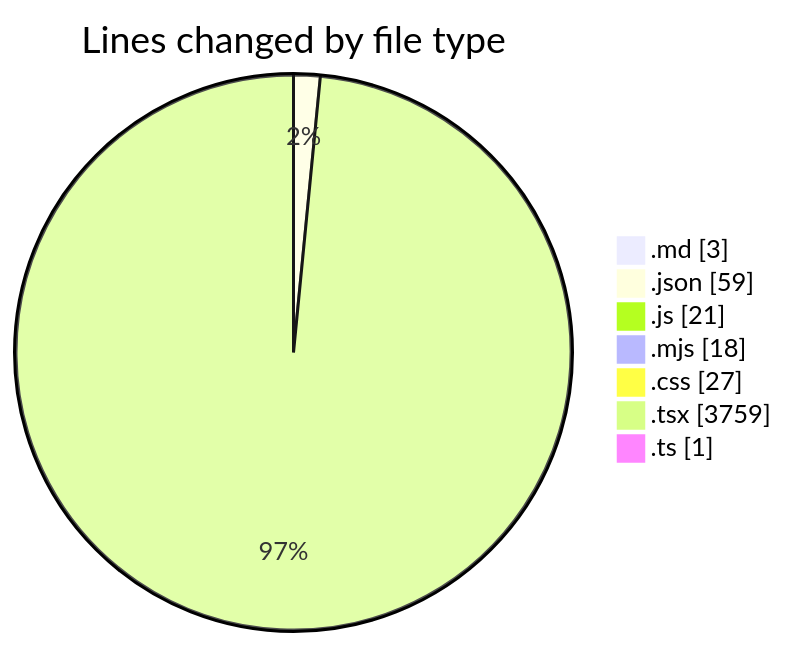
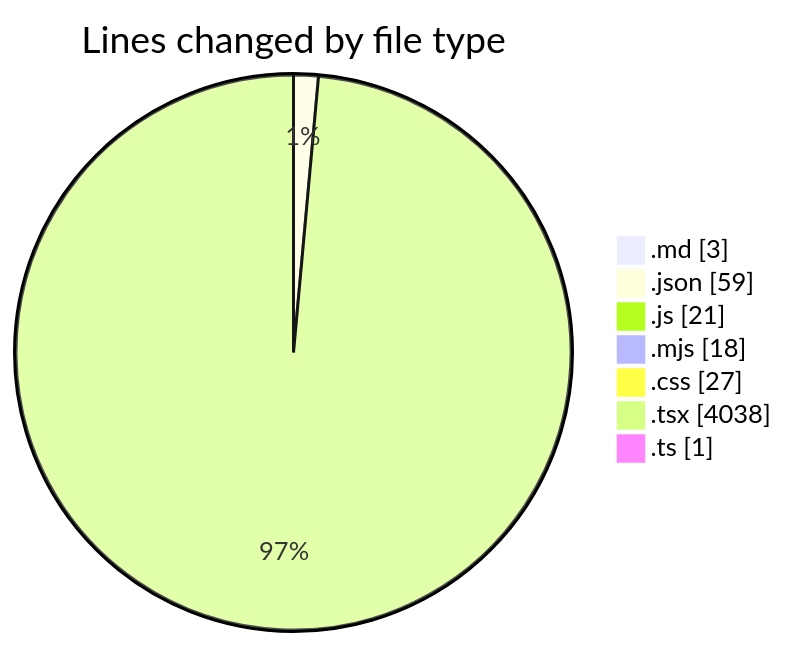
One commit to Ritupan-Deka/code-tracking changed the first of 2 diagrams in 2025-06-18/scopesketch-app/README.md. Above: the diagram before and after it, drawn with Mermaid. The commit also changed other lines of this file and 1 other file, not shown here.

````diff
--- a/2025-06-18/scopesketch-app/README.md
+++ b/2025-06-18/scopesketch-app/README.md
@@ -29,11 +29,11 @@
 ```mermaid
 pie showData
 title Lines changed by file type
 ".md" : 3
 ".json" : 59
 ".js" : 21
 ".mjs" : 18
 ".css" : 27
-".tsx" : 3759
+".tsx" : 4038
 ".ts" : 1
 ```
````
